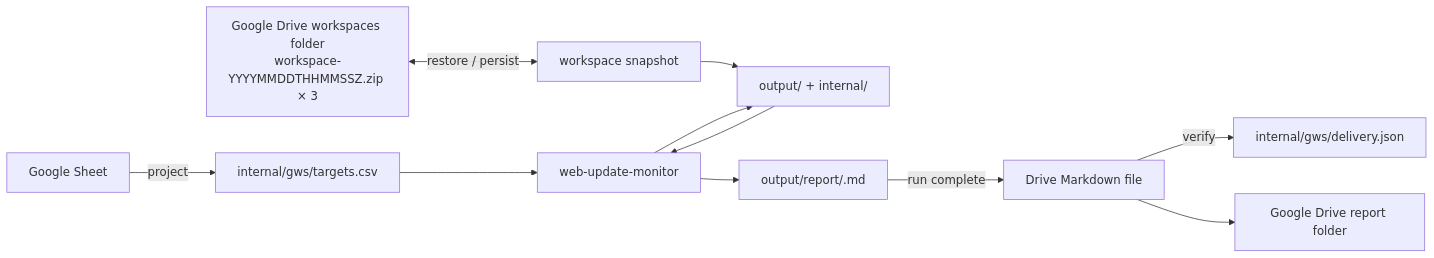
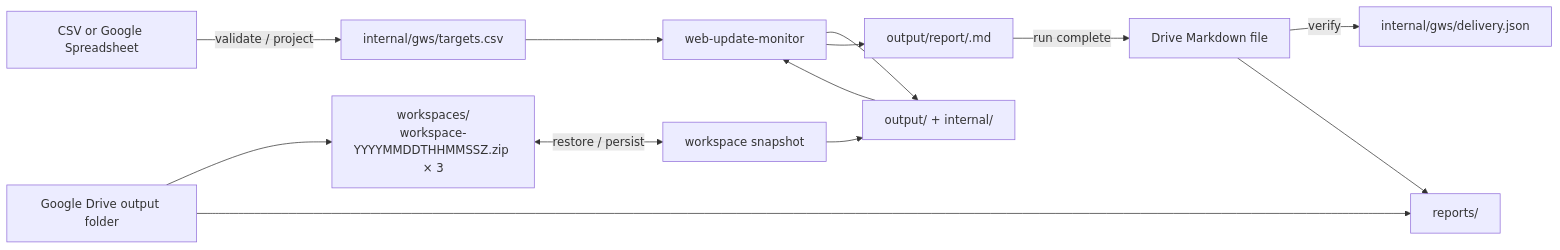
One commit to dceoy/wsum changed the diagram in skills/web-update-monitor-gws/SKILL.md. Above: the diagram before and after it, drawn with Mermaid. The commit also changed other lines of this file and 4 other files, not shown here.

Commit message:
feat(gws): run from CSV or Spreadsheet and one Drive output folder (#64)

````diff
--- a/skills/web-update-monitor-gws/SKILL.md
+++ b/skills/web-update-monitor-gws/SKILL.md
@@ -16,13 +16,15 @@
 ```mermaid
 flowchart LR
-    GS["Google Sheet"] -->|project| CSV["internal/gws/targets.csv"]
-    DS["Google Drive workspaces folder<br/>workspace-YYYYMMDDTHHMMSSZ.zip × 3"] <-->|restore / persist| WS["workspace snapshot"]
+    GS["CSV or Google Spreadsheet"] -->|validate / project| CSV["internal/gws/targets.csv"]
+    DP["Google Drive output folder"] --> DS["workspaces/<br/>workspace-YYYYMMDDTHHMMSSZ.zip × 3"]
+    DP --> DR["reports/"]
+    DS <-->|restore / persist| WS["workspace snapshot"]
     WS --> WORKSPACE["output/ + internal/"]
     CSV --> CORE["web-update-monitor"]
     WORKSPACE --> CORE
     CORE --> WORKSPACE
     CORE --> REPORT["output/report/<run-id>.md"]
     REPORT -->|run complete| GMD["Drive Markdown file"]
     GMD -->|verify| DELIVERY["internal/gws/delivery.json"]
-    GMD --> DR["Google Drive report folder"]
+    GMD --> DR
 ```
````
